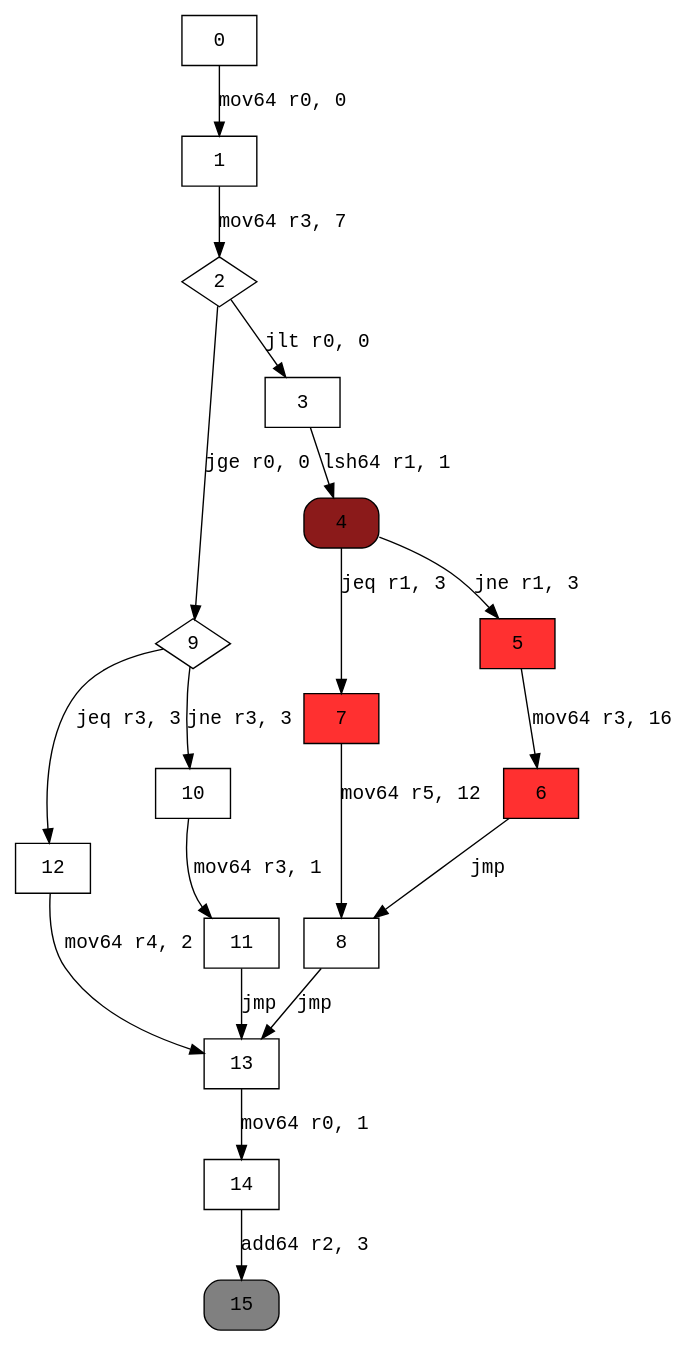
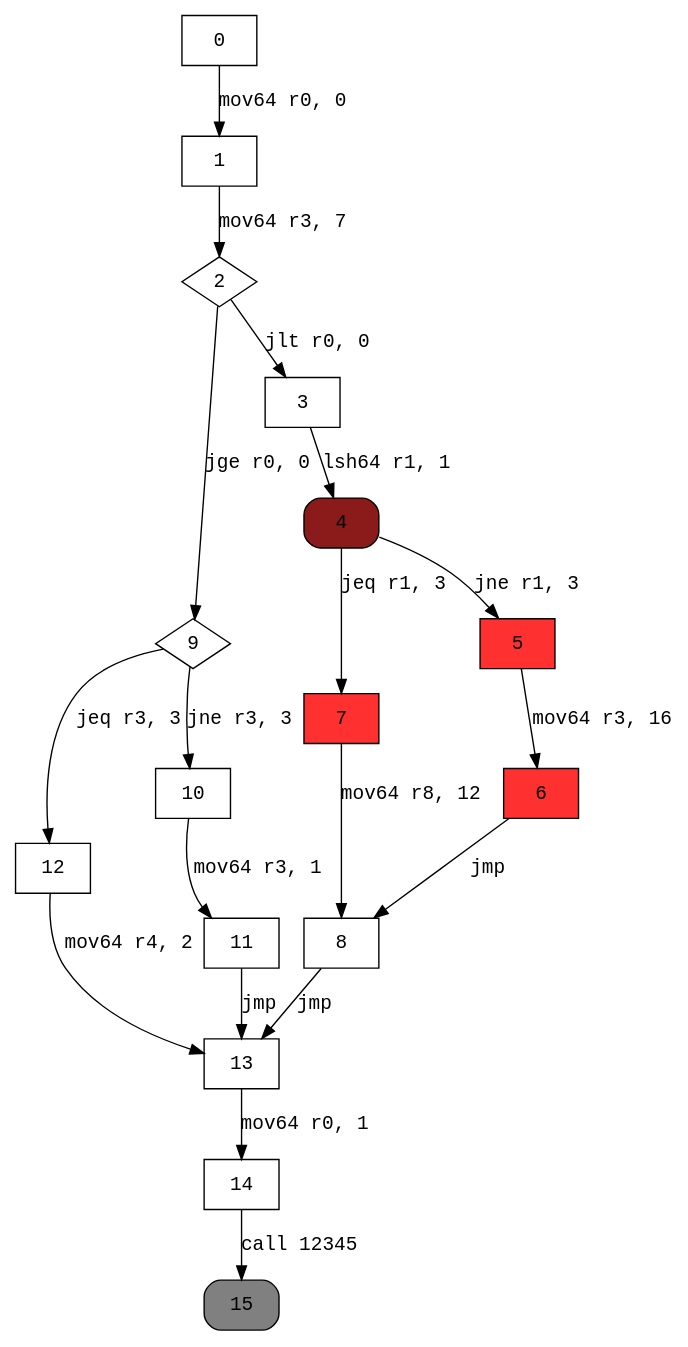
Before and after one commit to XicoCorreia/Information-Flow-Analysis-Thesis: the diagram in examples/graphs/ifStatementNested.dot, drawn with Graphviz. The commit also changed 20 other files, not shown here.

```diff
--- a/examples/graphs/ifStatementNested.dot
+++ b/examples/graphs/ifStatementNested.dot
@@ -1,30 +1,30 @@
 digraph cfg { 
 node [fontname="monospace"];
 node [shape=box];
 edge [fontname="monospace"];
   0 -> 1 [label="mov64 r0, 0"];
   1 -> 2 [label="mov64 r3, 7"];
   2 -> 9 [label="jge r0, 0"];
   2 -> 3 [label="jlt r0, 0"];
   3 -> 4 [label="lsh64 r1, 1"];
   4 -> 7 [label="jeq r1, 3"];
   4 -> 5 [label="jne r1, 3"];
   5 -> 6 [label="mov64 r3, 16"];
   6 -> 8 [label="jmp"];
-  7 -> 8 [label="mov64 r5, 12"];
+  7 -> 8 [label="mov64 r8, 12"];
   8 -> 13 [label="jmp"];
   9 -> 12 [label="jeq r3, 3"];
   9 -> 10 [label="jne r3, 3"];
   10 -> 11 [label="mov64 r3, 1"];
   11 -> 13 [label="jmp"];
   12 -> 13 [label="mov64 r4, 2"];
   13 -> 14 [label="mov64 r0, 1"];
-  14 -> 15 [label="add64 r2, 3"];
+  14 -> 15 [label="call 12345"];
 2 [shape=diamond];
 4 [style="rounded,filled",fillcolor=firebrick4];
 5 [style=filled,fillcolor=firebrick1];
 6 [style=filled,fillcolor=firebrick1];
 7 [style=filled,fillcolor=firebrick1];
 9 [shape=diamond];
 15 [style="rounded,filled",fillcolor=grey];
 }
```
